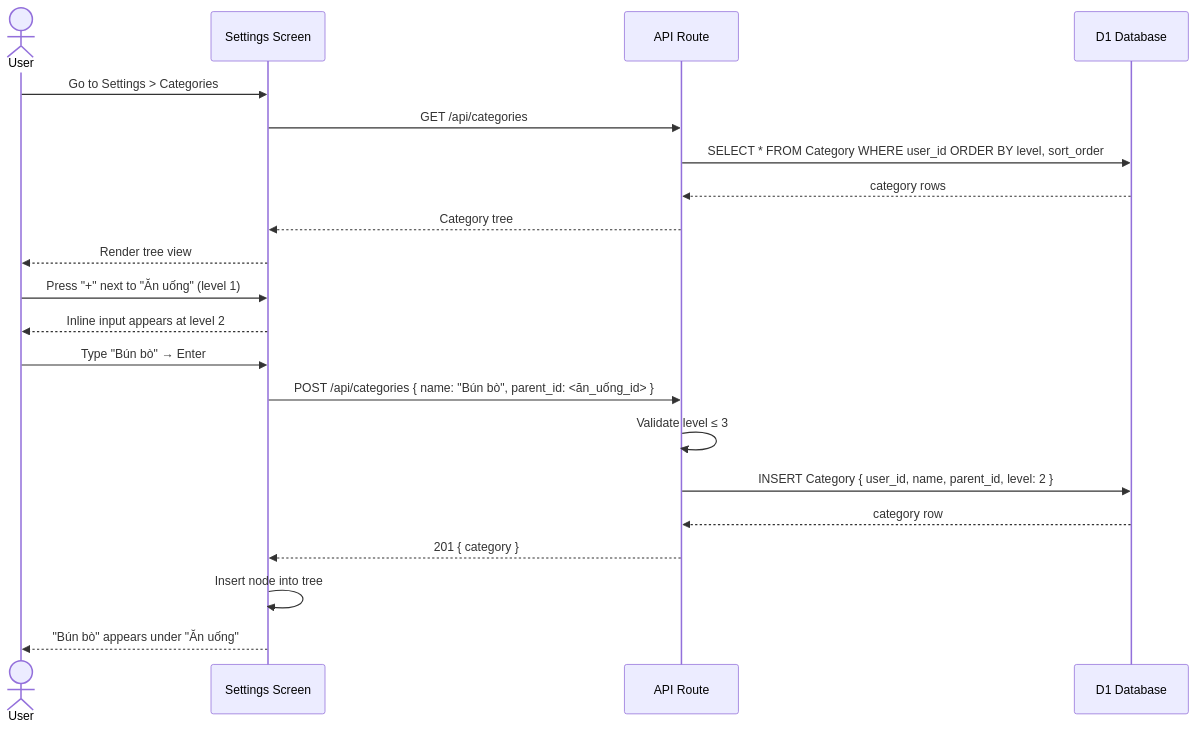
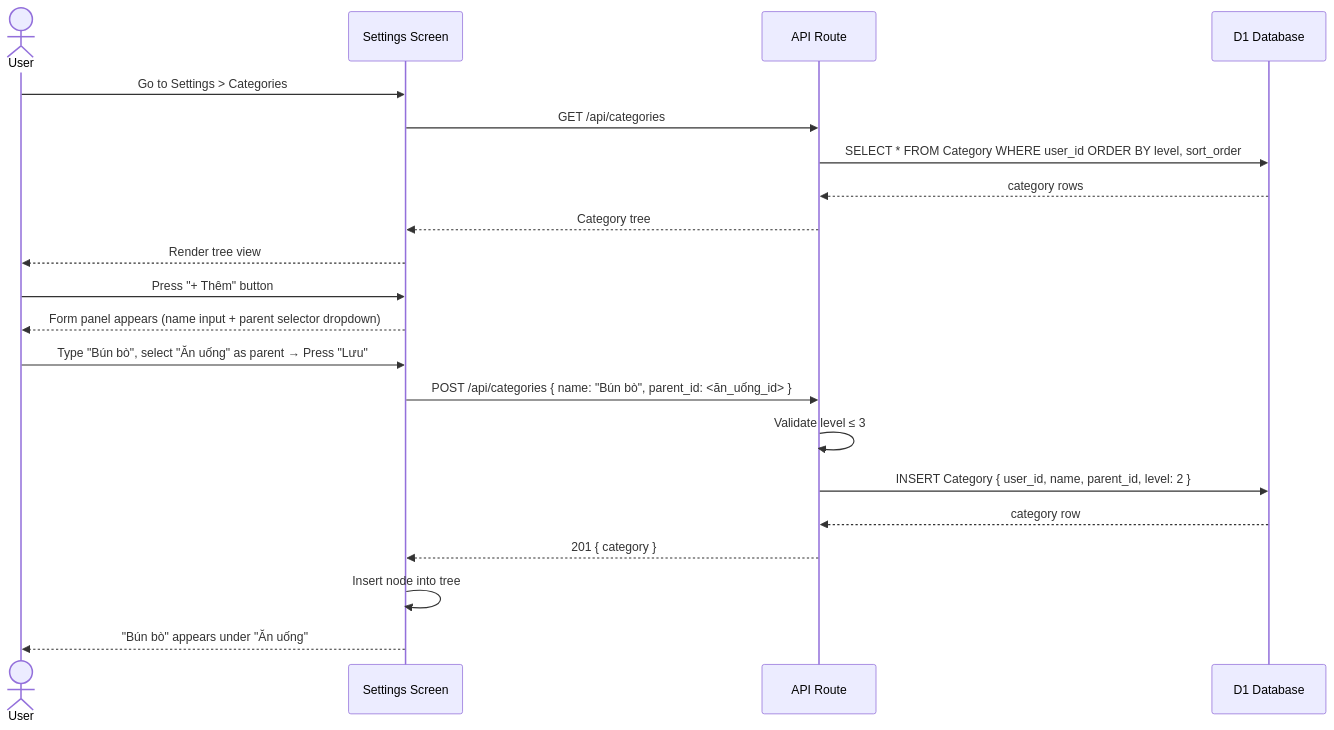
The eighth of 11 diagrams in docs/FLOWS.md (niits/personal-finance), drawn with Mermaid before and after one commit. The commit also changed other lines of this file and 3 other files, not shown here.

````diff
--- a/docs/FLOWS.md
+++ b/docs/FLOWS.md
@@ -218,26 +218,26 @@
 ```mermaid
 sequenceDiagram
     actor User
     participant Settings as Settings Screen
     participant API as API Route
     participant DB as D1 Database
 
     User->>Settings: Go to Settings > Categories
     Settings->>API: GET /api/categories
     API->>DB: SELECT * FROM Category WHERE user_id ORDER BY level, sort_order
     DB-->>API: category rows
     API-->>Settings: Category tree
     Settings-->>User: Render tree view
 
-    User->>Settings: Press "+" next to "Ăn uống" (level 1)
-    Settings-->>User: Inline input appears at level 2
-    User->>Settings: Type "Bún bò" → Enter
+    User->>Settings: Press "+ Thêm" button
+    Settings-->>User: Form panel appears (name input + parent selector dropdown)
+    User->>Settings: Type "Bún bò", select "Ăn uống" as parent → Press "Lưu"
 
     Settings->>API: POST /api/categories { name: "Bún bò", parent_id: <ăn_uống_id> }
     API->>API: Validate level ≤ 3
     API->>DB: INSERT Category { user_id, name, parent_id, level: 2 }
     DB-->>API: category row
     API-->>Settings: 201 { category }
     Settings->>Settings: Insert node into tree
     Settings-->>User: "Bún bò" appears under "Ăn uống"
 ```
````
